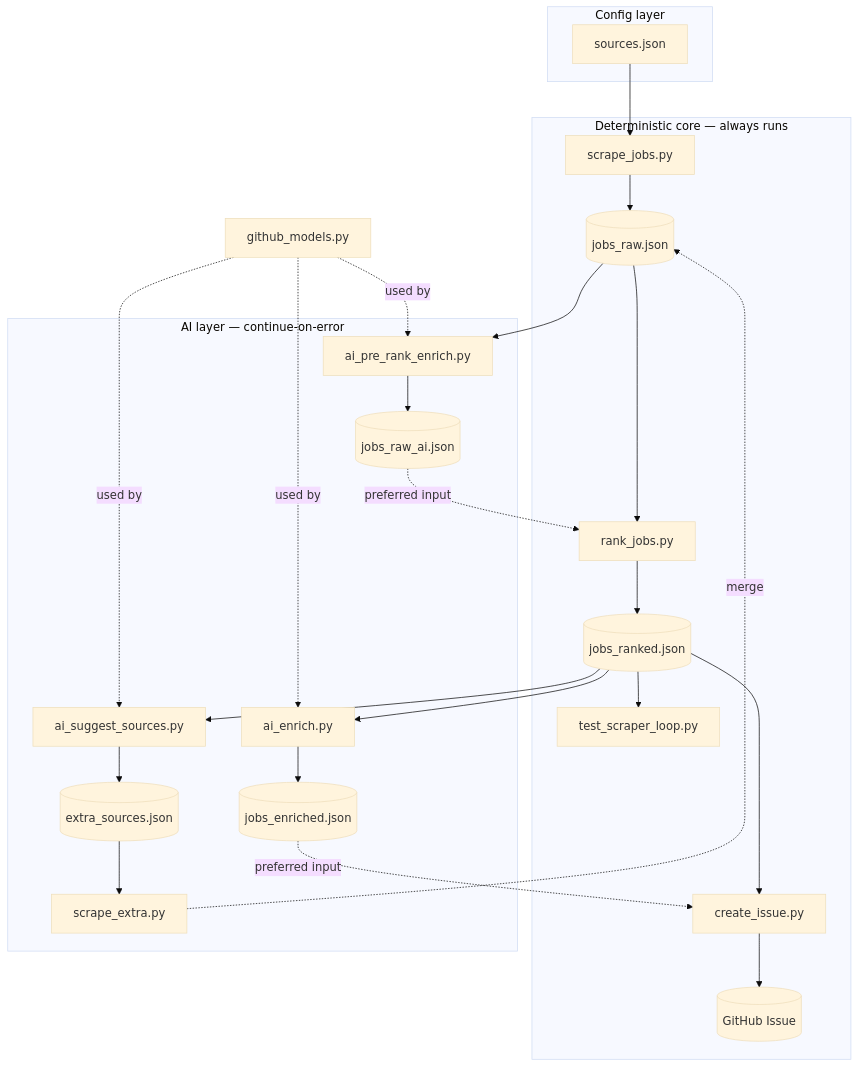
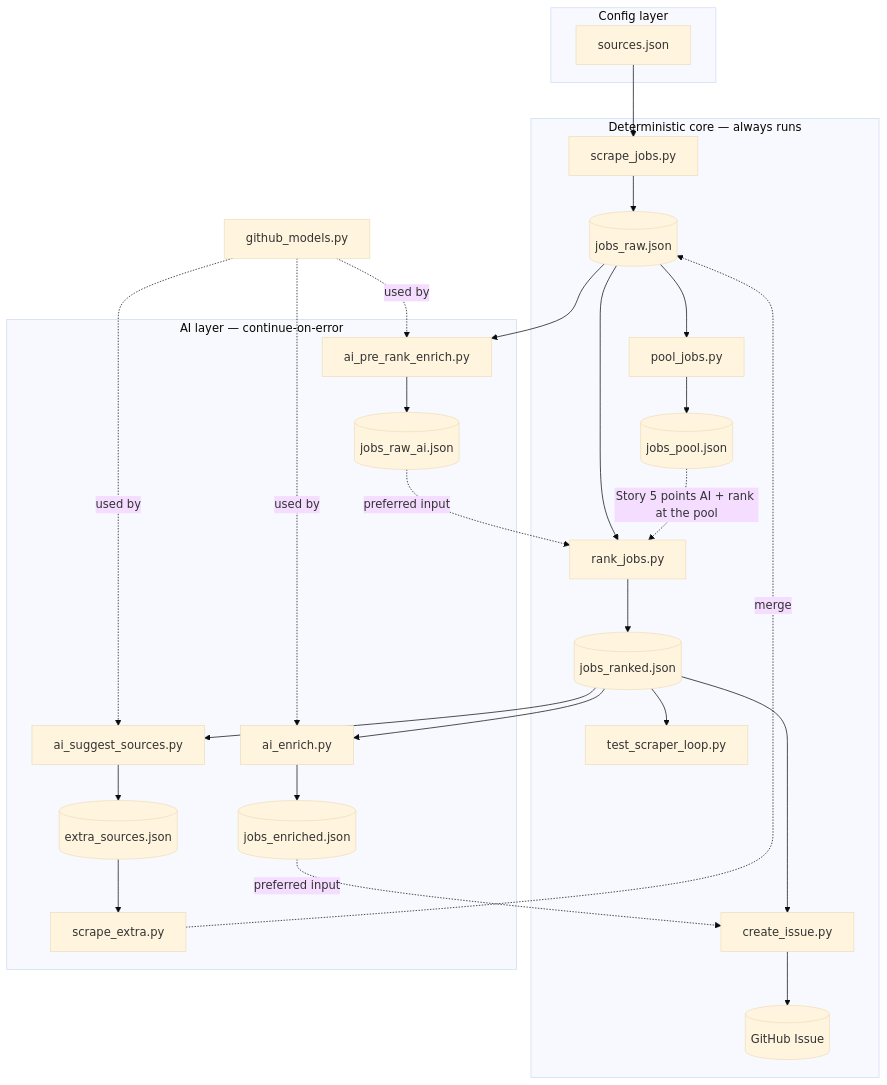
The diagram in docs/architecture.md (EnnioTorre/dach-exec-job-alerts), drawn with Mermaid (base theme) before and after one commit. The commit also changed other lines of this file and 3 other files, not shown here.

````diff
--- a/docs/architecture.md
+++ b/docs/architecture.md
@@ -18,24 +18,26 @@
 ```mermaid
 flowchart TD
     subgraph config [Config layer]
         SRC[sources.json]
     end
     subgraph deterministic [Deterministic core — always runs]
         SCRAPE[scrape_jobs.py] --> RAW[(jobs_raw.json)]
+        RAW --> POOL[pool_jobs.py] --> POOLF[(jobs_pool.json)]
         RAW --> RANK[rank_jobs.py] --> RANKED[(jobs_ranked.json)]
         RANKED --> VAL[test_scraper_loop.py]
         RANKED --> ISSUE[create_issue.py] --> OUT[(GitHub Issue)]
     end
     subgraph optional [AI layer — continue-on-error]
         RAW --> PRE[ai_pre_rank_enrich.py] --> RAWAI[(jobs_raw_ai.json)]
         RAWAI -.preferred input.-> RANK
         RANKED --> SUG[ai_suggest_sources.py] --> EXTRA[(extra_sources.json)]
         EXTRA --> SCX[scrape_extra.py] -.merge.-> RAW
         RANKED --> ENR[ai_enrich.py] --> ENRICHED[(jobs_enriched.json)]
         ENRICHED -.preferred input.-> ISSUE
     end
     SRC --> SCRAPE
+    POOLF -.Story 5 points AI + rank at the pool.-> RANK
     MODELS[github_models.py] -.used by.-> PRE
     MODELS -.used by.-> SUG
     MODELS -.used by.-> ENR
 ```
````
